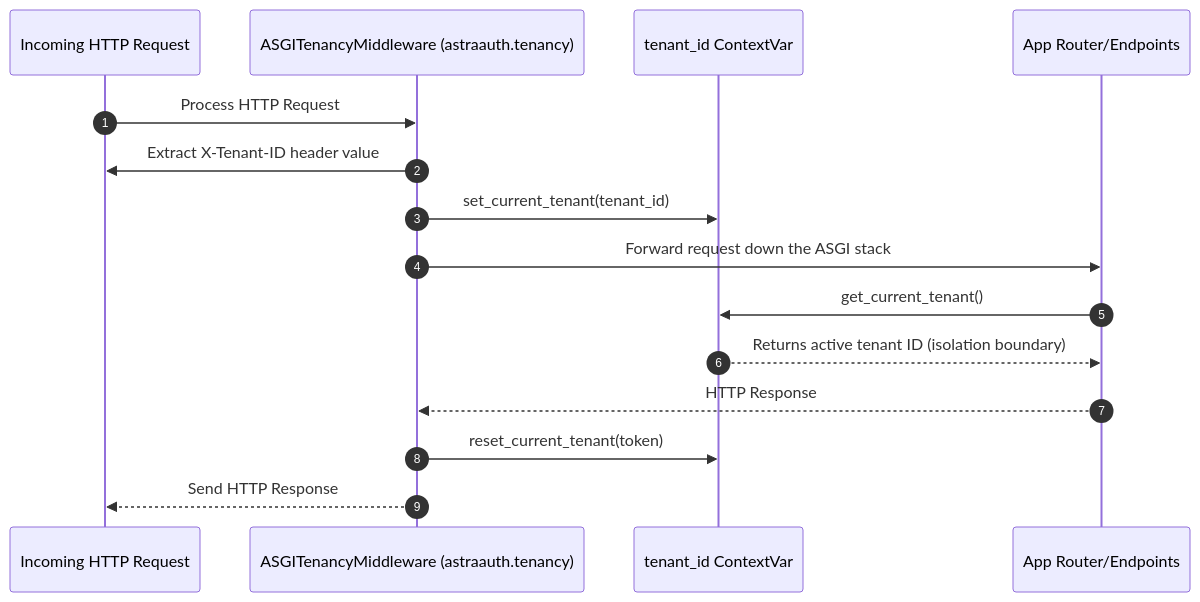
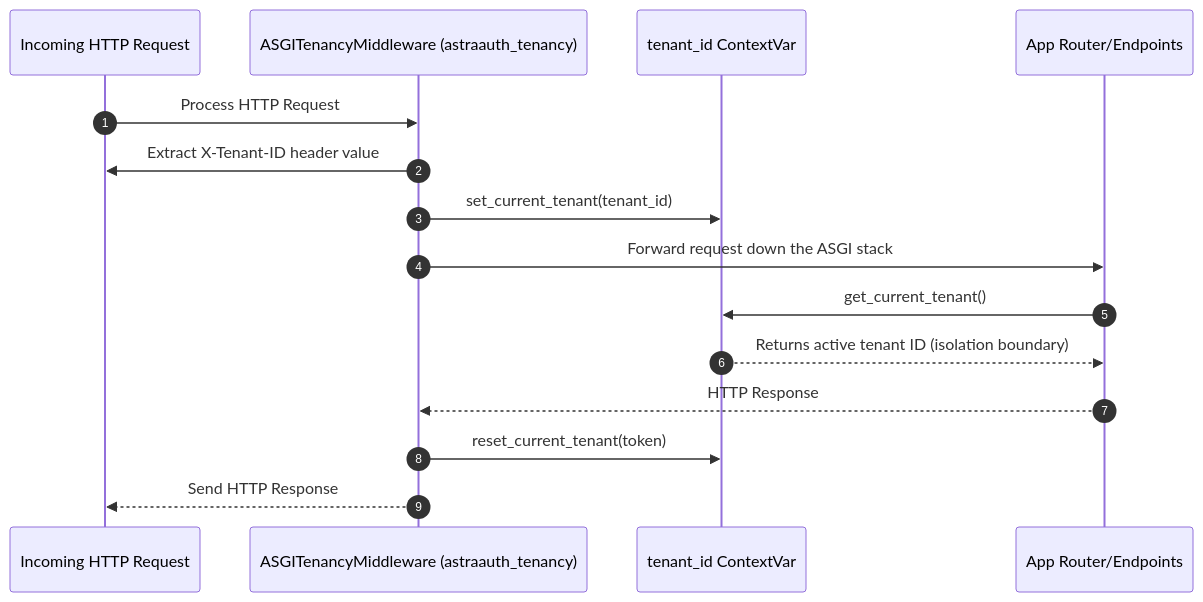
The seventh of 7 diagrams in docs/about/architecture_and_workflows.md (groverankur/Astra), drawn with Mermaid before and after one commit. The commit also changed other lines of this file and 59 other files, not shown here.

````diff
--- a/docs/about/architecture_and_workflows.md
+++ b/docs/about/architecture_and_workflows.md
@@ -261,18 +275,18 @@
 ```mermaid
 sequenceDiagram
     autonumber
     participant Request as Incoming HTTP Request
-    participant MW as ASGITenancyMiddleware (astraauth.tenancy)
+    participant MW as ASGITenancyMiddleware (astraauth_tenancy)
     participant ContextVar as tenant_id ContextVar
     participant Router as App Router/Endpoints
 
     Request->>MW: Process HTTP Request
     MW->>Request: Extract X-Tenant-ID header value
     MW->>ContextVar: set_current_tenant(tenant_id)
     MW->>Router: Forward request down the ASGI stack
     Router->>ContextVar: get_current_tenant()
     ContextVar-->>Router: Returns active tenant ID (isolation boundary)
     Router-->>MW: HTTP Response
     MW->>ContextVar: reset_current_tenant(token)
     MW-->>Request: Send HTTP Response
 ```
````
